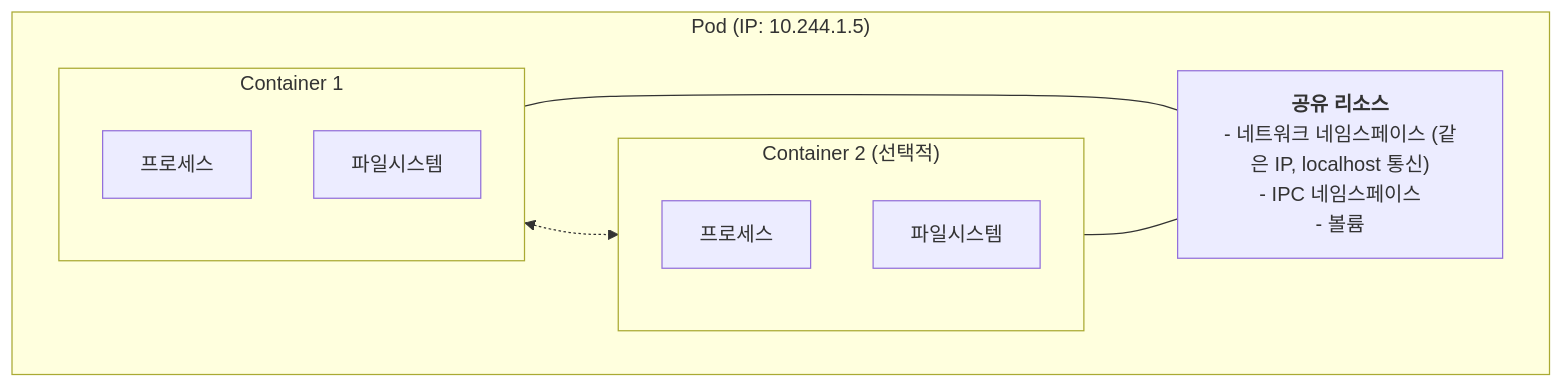
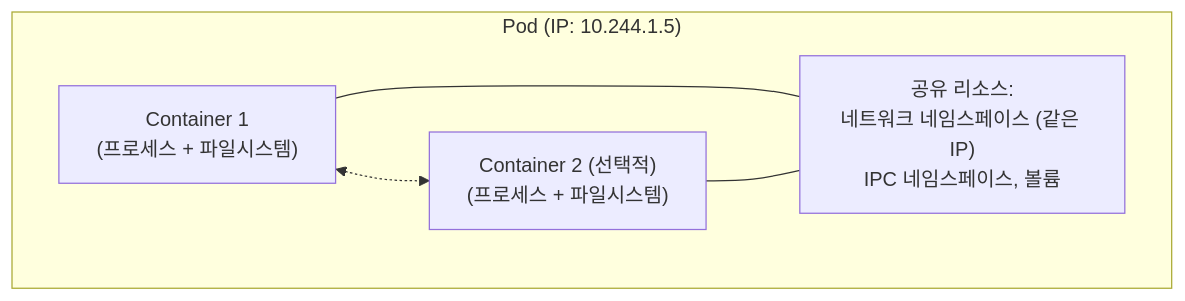
Before and after one commit to K-Diger/k-diger.github.io: the first of 7 diagrams in _posts/2025-12-26-kubernetes-05-pod.md, drawn with Mermaid. The commit also changed other lines of this file and 13 other files, not shown here.

````diff
--- a/_posts/2025-12-26-kubernetes-05-pod.md
+++ b/_posts/2025-12-26-kubernetes-05-pod.md
@@ -23,18 +23,12 @@
 ```mermaid
 flowchart TB
     subgraph pod["Pod (IP: 10.244.1.5)"]
-        subgraph c1["Container 1"]
-            p1["프로세스"]
-            f1["파일시스템"]
-        end
-        subgraph c2["Container 2 (선택적)"]
-            p2["프로세스"]
-            f2["파일시스템"]
-        end
-        shared["<b>공유 리소스</b><br/>- 네트워크 네임스페이스 (같은 IP, localhost 통신)<br/>- IPC 네임스페이스<br/>- 볼륨"]
+        c1["Container 1<br/>(프로세스 + 파일시스템)"]
+        c2["Container 2 (선택적)<br/>(프로세스 + 파일시스템)"]
+        shared["공유 리소스:<br/>네트워크 네임스페이스 (같은 IP)<br/>IPC 네임스페이스, 볼륨"]
+
+        c1 <-.-> c2
+        c1 --- shared
+        c2 --- shared
     end
-
-    c1 <-.-> c2
-    c1 --- shared
-    c2 --- shared
 ```
````
